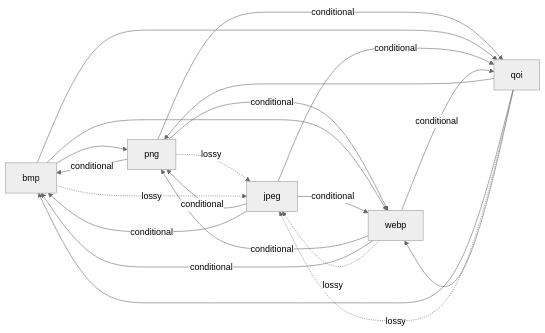
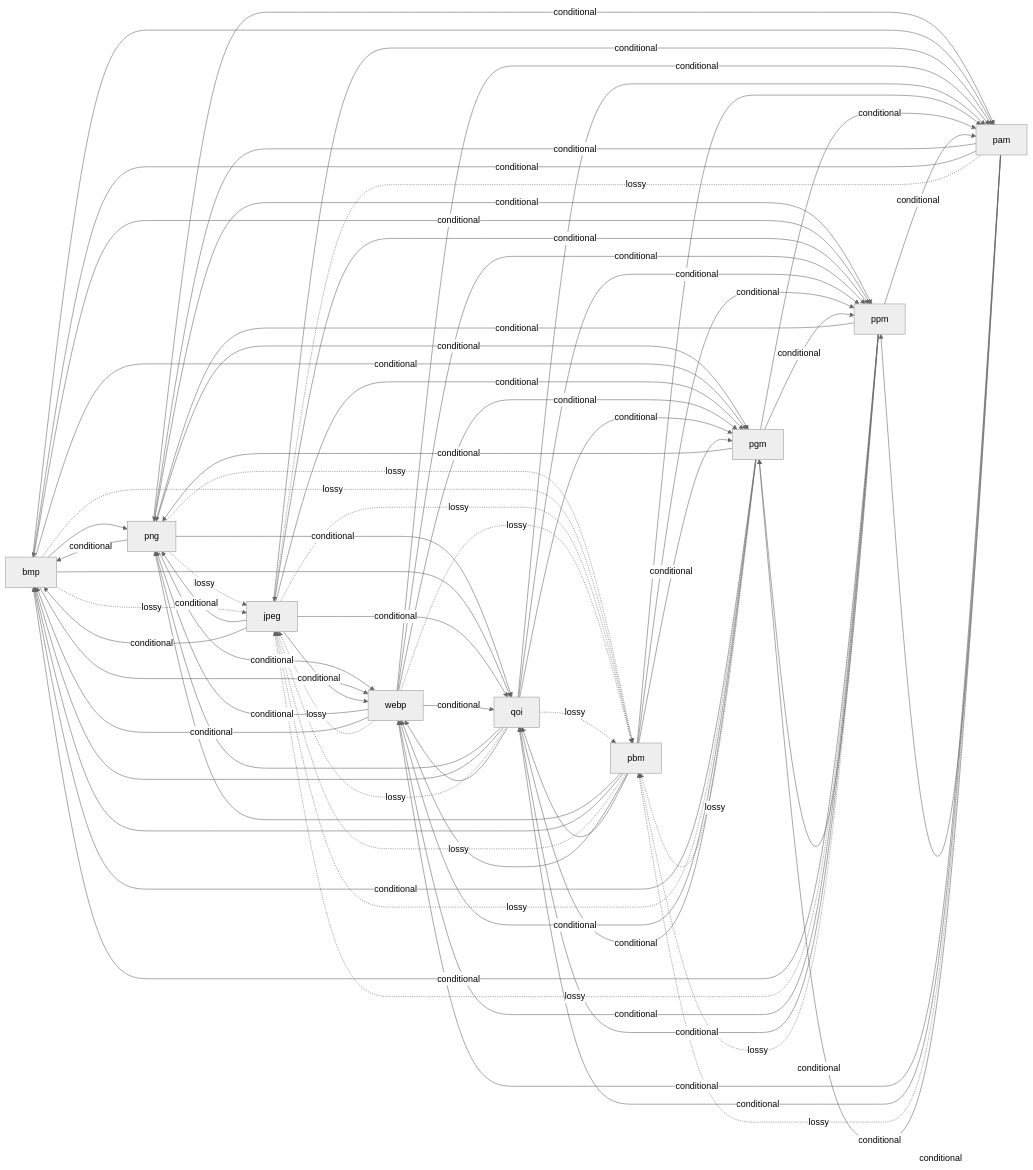
Before and after one commit to Chimi6/Sublime: the third of 4 diagrams in DOCS/FORMATS.md, drawn with Mermaid (neutral theme). The commit also changed other lines of this file and 319 other files, not shown here.

Commit message:
feat: Netpbm (PBM, PGM, PPM, PAM) both ways

````diff
--- a/DOCS/FORMATS.md
+++ b/DOCS/FORMATS.md
@@ -398,27 +506,83 @@
 graph LR
   bmp["bmp"]
   jpeg["jpeg"]
+  pam["pam"]
+  pbm["pbm"]
+  pgm["pgm"]
   png["png"]
+  ppm["ppm"]
   qoi["qoi"]
   webp["webp"]
   png -- conditional --> bmp
   png -. lossy .-> jpeg
   png -- conditional --> webp
   png -- conditional --> qoi
+  png -. lossy .-> pbm
+  png -- conditional --> pgm
+  png -- conditional --> ppm
+  png -- conditional --> pam
   bmp --> png
   bmp -. lossy .-> jpeg
   bmp --> webp
   bmp --> qoi
+  bmp -. lossy .-> pbm
+  bmp -- conditional --> pgm
+  bmp -- conditional --> ppm
+  bmp --> pam
   jpeg -- conditional --> png
   jpeg -- conditional --> bmp
   jpeg -- conditional --> webp
   jpeg -- conditional --> qoi
+  jpeg -. lossy .-> pbm
+  jpeg -- conditional --> pgm
+  jpeg -- conditional --> ppm
+  jpeg -- conditional --> pam
   webp -- conditional --> png
   webp -- conditional --> bmp
   webp -. lossy .-> jpeg
   webp -- conditional --> qoi
+  webp -. lossy .-> pbm
+  webp -- conditional --> pgm
+  webp -- conditional --> ppm
+  webp -- conditional --> pam
   qoi --> png
   qoi --> bmp
   qoi -. lossy .-> jpeg
   qoi --> webp
+  qoi -. lossy .-> pbm
+  qoi -- conditional --> pgm
+  qoi -- conditional --> ppm
+  qoi --> pam
+  pbm --> png
+  pbm --> bmp
+  pbm -. lossy .-> jpeg
+  pbm --> webp
+  pbm --> qoi
+  pbm -- conditional --> pgm
+  pbm -- conditional --> ppm
+  pbm --> pam
+  pgm -- conditional --> png
+  pgm -- conditional --> bmp
+  pgm -. lossy .-> jpeg
+  pgm -- conditional --> webp
+  pgm -- conditional --> qoi
+  pgm -. lossy .-> pbm
+  pgm -- conditional --> ppm
+  pgm -- conditional --> pam
+  ppm -- conditional --> png
+  ppm -- conditional --> bmp
+  ppm -. lossy .-> jpeg
+  ppm -- conditional --> webp
+  ppm -- conditional --> qoi
+  ppm -. lossy .-> pbm
+  ppm -- conditional --> pgm
+  ppm -- conditional --> pam
+  pam -- conditional --> png
+  pam -- conditional --> bmp
+  pam -. lossy .-> jpeg
+  pam -- conditional --> webp
+  pam -- conditional --> qoi
+  pam -. lossy .-> pbm
+  pam -- conditional --> pgm
+  pam -- conditional --> ppm
 ```
````
